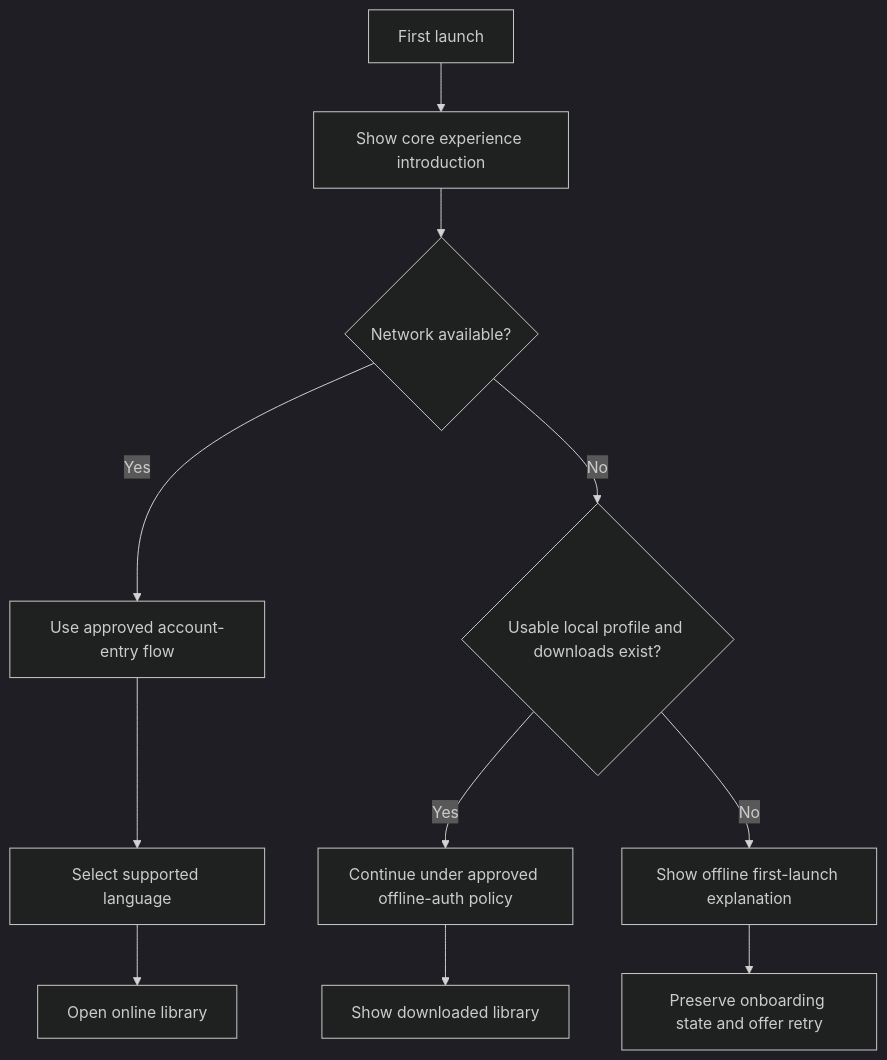
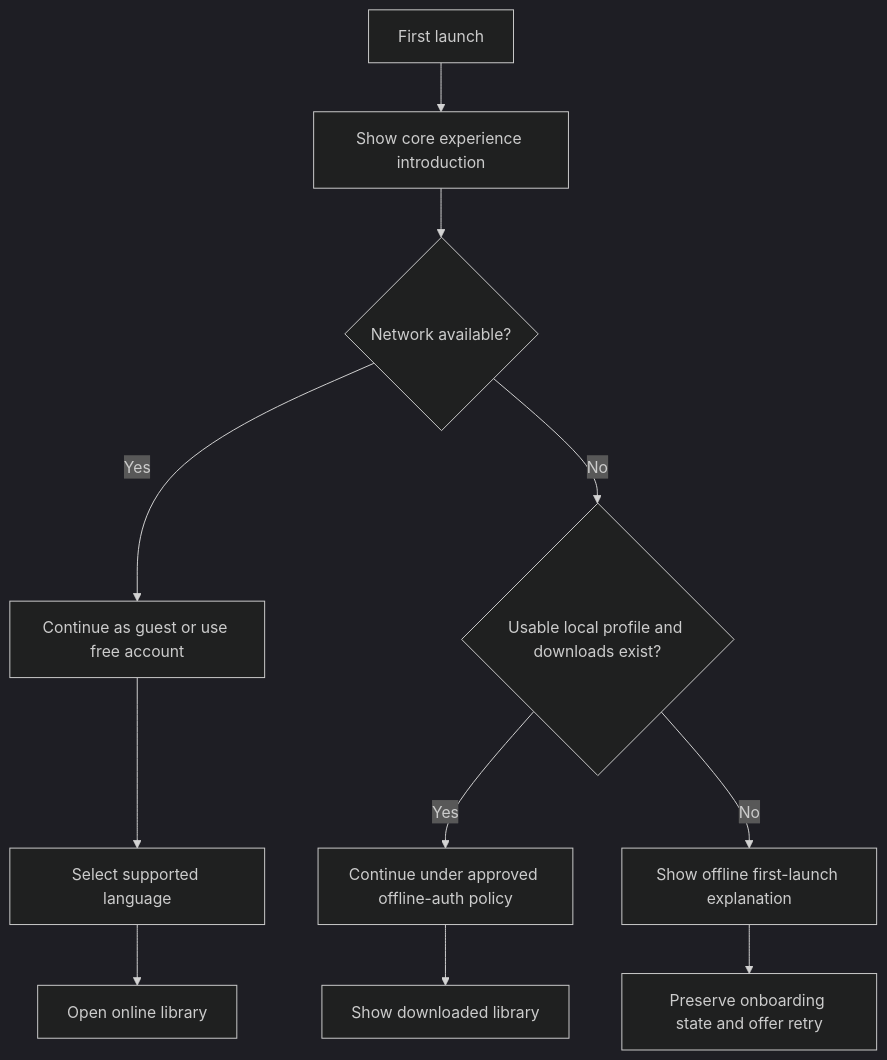
The second of 6 diagrams in docs/04-ui-ux-design/user-flows.md (austin11101/Prolific-), drawn with Mermaid (dark theme) before and after one commit. The commit also changed other lines of this file and 48 other files, not shown here.

Commit message:
docs: complete Sprint 1 architecture and project foundation

````diff
--- a/docs/04-ui-ux-design/user-flows.md
+++ b/docs/04-ui-ux-design/user-flows.md
@@ -82,13 +84,13 @@
 ```mermaid
 flowchart TD
     A["First launch"] --> B["Show core experience introduction"]
     B --> C{"Network available?"}
-    C -- "Yes" --> D["Use approved account-entry flow"]
+    C -- "Yes" --> D["Continue as guest or use free account"]
     D --> E["Select supported language"]
     E --> F["Open online library"]
     C -- "No" --> G{"Usable local profile and downloads exist?"}
     G -- "Yes" --> H["Continue under approved offline-auth policy"]
     H --> I["Show downloaded library"]
     G -- "No" --> J["Show offline first-launch explanation"]
     J --> K["Preserve onboarding state and offer retry"]
 ```
````
